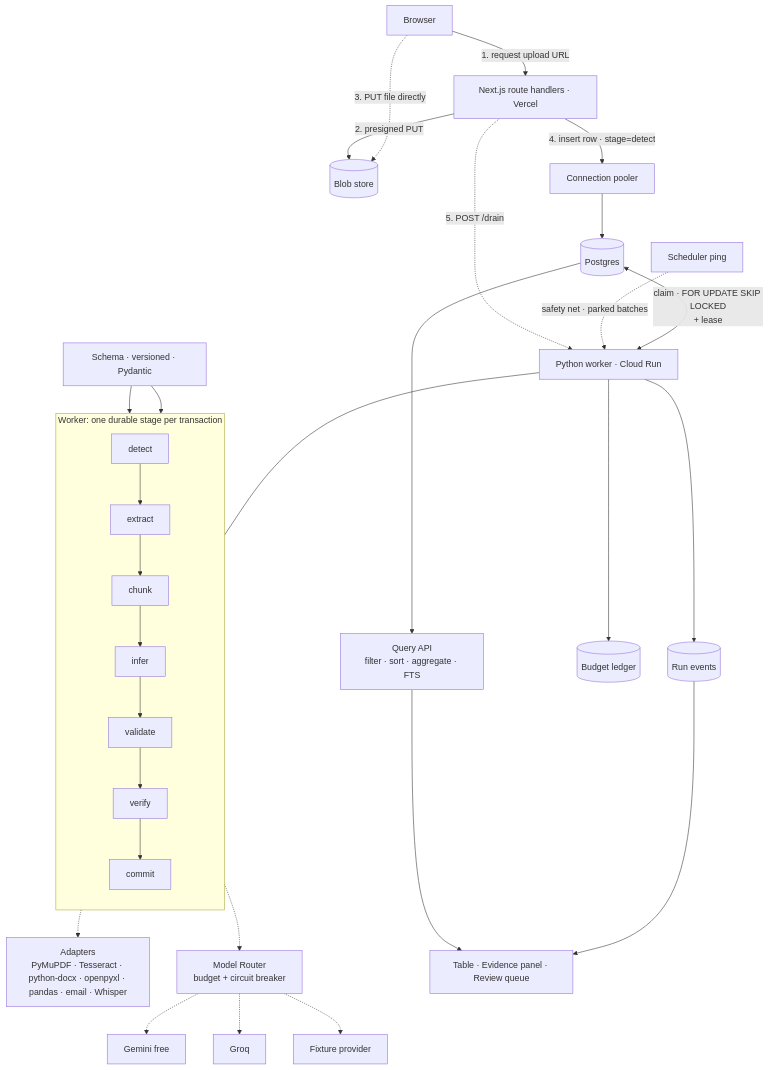
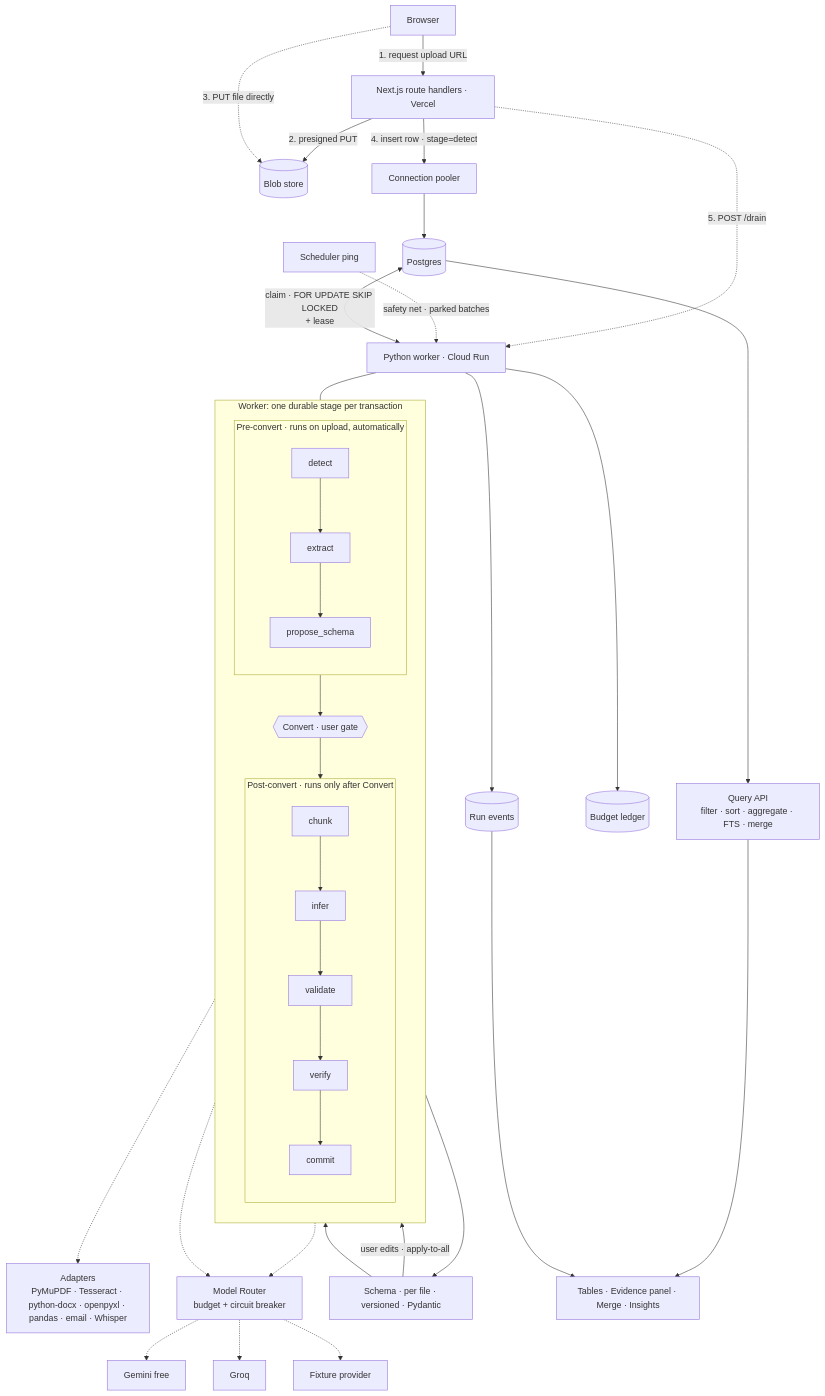
The diagram in spec.md (yukti07/docupipe), drawn with Mermaid before and after one commit. The commit also changed other lines of this file and 10 other files, not shown here.

````diff
--- a/spec.md
+++ b/spec.md
@@ -164,34 +254,44 @@
 ```mermaid
 flowchart TB
     B[Browser] -->|1. request upload URL| API["Next.js route handlers · Vercel"]
     API -->|2. presigned PUT| BLOB[(Blob store)]
     B -.->|3. PUT file directly| BLOB
     API -->|4. insert row · stage=detect| POOL[Connection pooler]
     POOL --> DB[(Postgres)]
     API -.->|5. POST /drain| W
 
     SCHED[Scheduler ping] -.->|safety net · parked batches| W
 
     DB <-->|claim · FOR UPDATE SKIP LOCKED<br/>+ lease| W["Python worker · Cloud Run"]
 
     subgraph STAGES[Worker: one durable stage per transaction]
         direction TB
-        S1[detect] --> S2[extract] --> S3[chunk] --> S4[infer]
-        S4 --> S5[validate] --> S6[verify] --> S7[commit]
+        subgraph PRE[Pre-convert · runs on upload, automatically]
+            direction TB
+            S1[detect] --> S2[extract] --> S3[propose_schema]
+        end
+        GATE{{"Convert · user gate"}}
+        subgraph POST[Post-convert · runs only after Convert]
+            direction TB
+            S4[chunk] --> S5[infer] --> S6[validate] --> S7[verify] --> S8[commit]
+        end
+        PRE --> GATE --> POST
     end
     W --- STAGES
 
     S2 -.-> AD[Adapters<br/>PyMuPDF · Tesseract · python-docx · openpyxl · pandas · email · Whisper]
-    S4 -.-> MR[Model Router<br/>budget + circuit breaker]
+    S3 -.-> MR[Model Router<br/>budget + circuit breaker]
+    S5 -.-> MR
     MR -.-> P1[Gemini free] & P2[Groq] & P3[Fixture provider]
 
-    SCH[Schema · versioned · Pydantic] --> S4
-    SCH --> S5
+    S3 --> SCH[Schema · per file · versioned · Pydantic]
+    SCH -->|user edits · apply-to-all| S5
+    SCH --> S6
 
-    DB --> Q[Query API<br/>filter · sort · aggregate · FTS]
-    Q --> UI[Table · Evidence panel · Review queue]
+    DB --> Q[Query API<br/>filter · sort · aggregate · FTS · merge]
+    Q --> UI[Tables · Evidence panel · Merge · Insights]
 
     W --> LED[(Budget ledger)]
     W --> EV[(Run events)]
     EV --> UI
 ```
````
